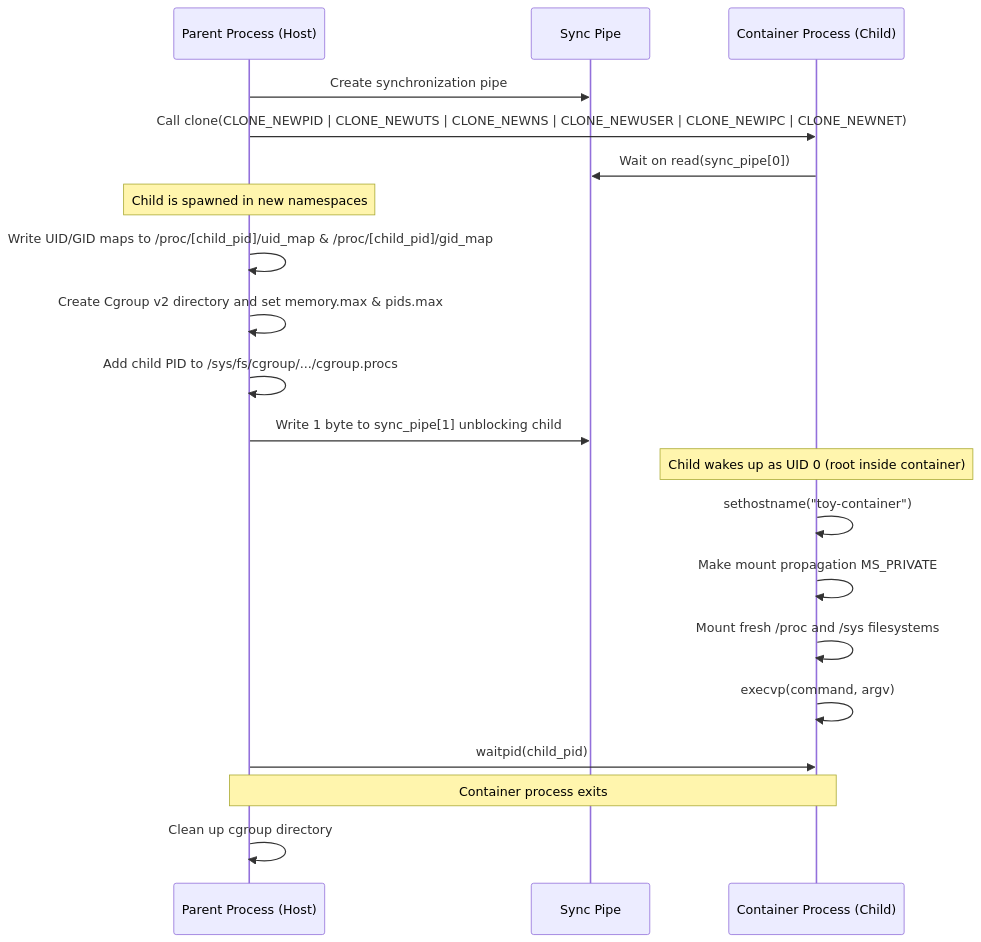
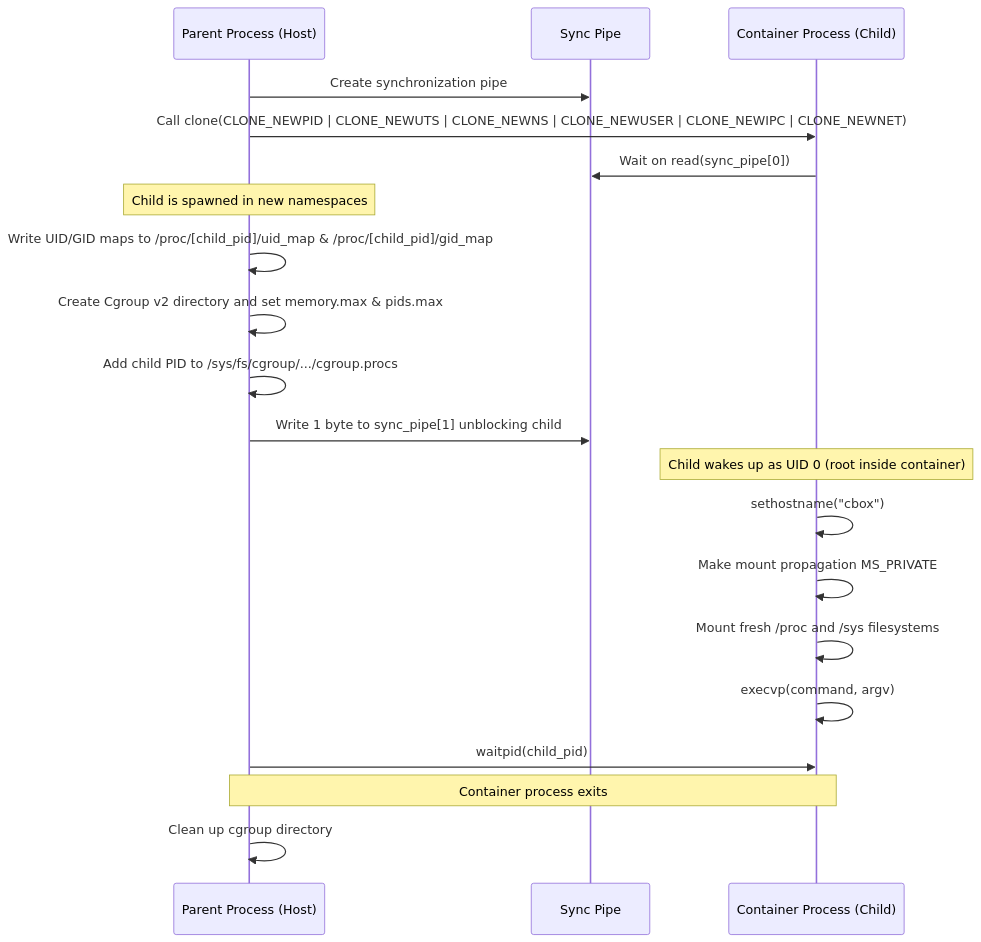
The diagram in README.md (elvin-mark/cbox), drawn with Mermaid before and after one commit. The commit also changed other lines of this file and 16 other files, not shown here.

````diff
--- a/README.md
+++ b/README.md
@@ -133,23 +133,23 @@
 ```mermaid
 sequenceDiagram
     participant P as Parent Process (Host)
     participant Pipe as Sync Pipe
     participant C as Container Process (Child)
 
     P->>Pipe: Create synchronization pipe
     P->>C: Call clone(CLONE_NEWPID | CLONE_NEWUTS | CLONE_NEWNS | CLONE_NEWUSER | CLONE_NEWIPC | CLONE_NEWNET)
     C->>Pipe: Wait on read(sync_pipe[0])
     Note over P: Child is spawned in new namespaces
     P->>P: Write UID/GID maps to /proc/[child_pid]/uid_map & /proc/[child_pid]/gid_map
     P->>P: Create Cgroup v2 directory and set memory.max & pids.max
     P->>P: Add child PID to /sys/fs/cgroup/.../cgroup.procs
     P->>Pipe: Write 1 byte to sync_pipe[1] unblocking child
     Note over C: Child wakes up as UID 0 (root inside container)
-    C->>C: sethostname("toy-container")
+    C->>C: sethostname("cbox")
     C->>C: Make mount propagation MS_PRIVATE
     C->>C: Mount fresh /proc and /sys filesystems
     C->>C: execvp(command, argv)
     P->>C: waitpid(child_pid)
     Note over P,C: Container process exits
     P->>P: Clean up cgroup directory
 ```
````
